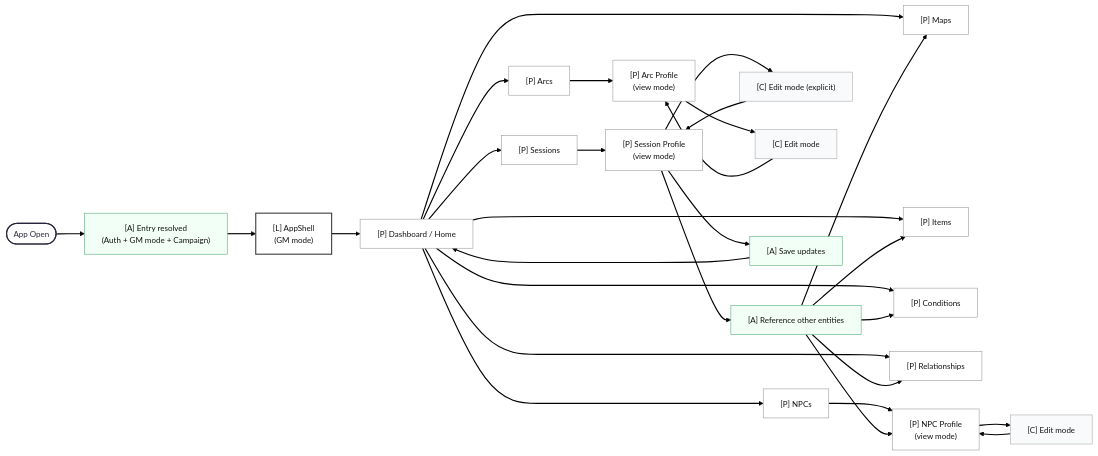
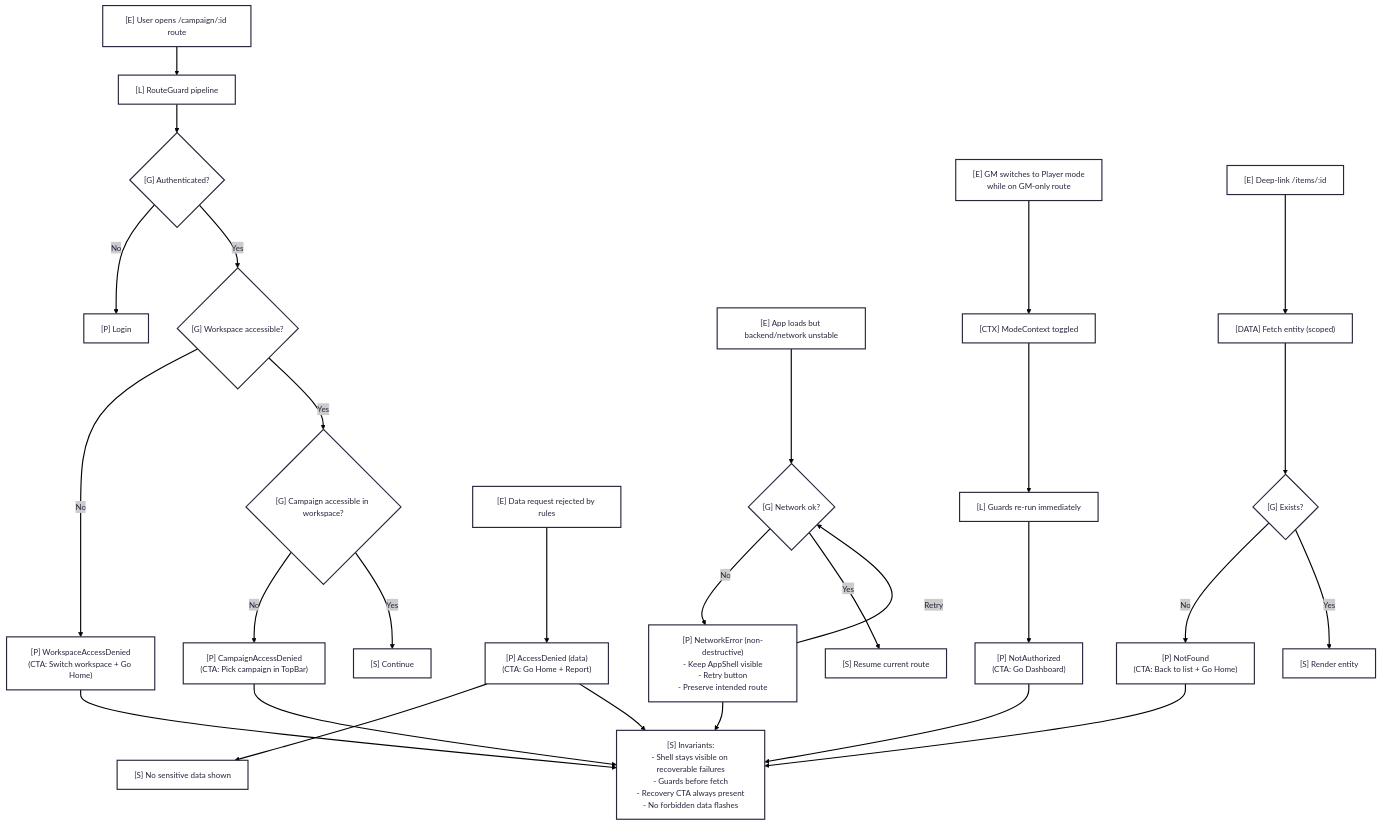
One commit to dopaminedungeon/dopamine-dungeon changed the sixth of 6 diagrams in docs/userflows.md. Above: the diagram before and after it, drawn with Mermaid. The commit also changed other lines of this file and 8 other files, not shown here.

````diff
--- a/docs/userflows.md
+++ b/docs/userflows.md
@@ -846,58 +868,34 @@
 ```mermaid
 ---
 config:
   theme: redux
   layout: dagre
 ---
-flowchart LR
-  START(["App Open"]) --> ENTRY["[A] Entry resolved\n(Auth + GM mode + Campaign)"]
-
-  ENTRY --> SHELL["[L] AppShell\n(GM mode)"]
-  SHELL --> HOME["[P] Dashboard / Home"]
-
-  %% --- Prep navigation ---
-  HOME --> SESSIONS["[P] Sessions"]
-  HOME --> ARCS["[P] Arcs"]
-  HOME --> NPCS["[P] NPCs"]
-  HOME --> MAPS["[P] Maps"]
-  HOME --> ITEMS["[P] Items"]
-  HOME --> CONDITIONS["[P] Conditions"]
-  HOME --> RELS["[P] Relationships"]
-
-  %% --- Entity interaction ---
-  SESSIONS --> SESSION_VIEW["[P] Session Profile\n(view mode)"]
-  ARCS --> ARC_VIEW["[P] Arc Profile\n(view mode)"]
-  NPCS --> NPC_VIEW["[P] NPC Profile\n(view mode)"]
-
-  SESSION_VIEW --> EDIT_SESSION["[C] Edit mode (explicit)"]
-  ARC_VIEW --> EDIT_ARC["[C] Edit mode"]
-  NPC_VIEW --> EDIT_NPC["[C] Edit mode"]
-
-  EDIT_SESSION --> SESSION_VIEW
-  EDIT_ARC --> ARC_VIEW
-  EDIT_NPC --> NPC_VIEW
-
-  %% --- In-session reference ---
-  SESSION_VIEW --> REF["[A] Reference other entities"]
-  REF --> NPC_VIEW
-  REF --> MAPS
-  REF --> ITEMS
-  REF --> CONDITIONS
-  REF --> RELS
-
-  %% --- After session ---
-  SESSION_VIEW --> SAVE["[A] Save updates"]
-  SAVE --> HOME
-
-  %% --- Styling ---
-  classDef gate fill:#f7f7f7,stroke:#666,stroke-width:1px,color:#111;
-  classDef page fill:#ffffff,stroke:#999,stroke-width:1px,color:#111;
-  classDef shell fill:#ffffff,stroke:#444,stroke-width:2px,color:#111;
-  classDef action fill:#f2fff7,stroke:#55aa77,stroke-width:1px,color:#111;
-  classDef comp fill:#f9fafb,stroke:#aaa,stroke-width:1px,color:#111;
-
-  class HOME,SESSIONS,ARCS,NPCS,MAPS,ITEMS,CONDITIONS,RELS,SESSION_VIEW,ARC_VIEW,NPC_VIEW page;
-  class SHELL shell;
-  class ENTRY,SAVE,REF action;
-  class EDIT_SESSION,EDIT_ARC,EDIT_NPC comp;
+flowchart TB
+    O1["[E] User opens /campaign/:id route"] --> G0["[L] RouteGuard pipeline"]
+    G0 --> A{"[G] Authenticated?"}
+    A -- No --> L["[P] Login"]
+    A -- Yes --> W{"[G] Workspace accessible?"}
+    W -- No --> WDEN["[P] WorkspaceAccessDenied<br>(CTA: Switch workspace + Go Home)"]
+    W -- Yes --> C{"[G] Campaign accessible in workspace?"}
+    C -- No --> CDEN["[P] CampaignAccessDenied<br>(CTA: Pick campaign in TopBar)"]
+    C -- Yes --> OK["[S] Continue"]
+    O2["[E] App loads but backend/network unstable"] --> NET{"[G] Network ok?"}
+    NET -- No --> NETUI["[P] NetworkError (non-destructive)<br>- Keep AppShell visible<br>- Retry button<br>- Preserve intended route"]
+    NETUI -- Retry --> NET
+    NET -- Yes --> RESUME["[S] Resume current route"]
+    O3["[E] Data request rejected by rules"] --> PERM["[P] AccessDenied (data)<br>(CTA: Go Home + Report)"]
+    PERM --> SAFE["[S] No sensitive data shown"] & INV["[S] Invariants:<br>- Shell stays visible on recoverable failures<br>- Guards before fetch<br>- Recovery CTA always present<br>- No forbidden data flashes"]
+    O4["[E] GM switches to Player mode<br>while on GM-only route"] --> MODE["[CTX] ModeContext toggled"]
+    MODE --> REEVAL["[L] Guards re-run immediately"]
+    REEVAL --> BLOCK["[P] NotAuthorized<br>(CTA: Go Dashboard)"]
+    O5["[E] Deep-link /items/:id"] --> FETCH["[DATA] Fetch entity (scoped)"]
+    FETCH --> EXISTS{"[G] Exists?"}
+    EXISTS -- No --> NF["[P] NotFound<br>(CTA: Back to list + Go Home)"]
+    EXISTS -- Yes --> RENDER["[S] Render entity"]
+    BLOCK --> INV
+    NETUI --> INV
+    NF --> INV
+    CDEN --> INV
+    WDEN --> INV
 ```
````
